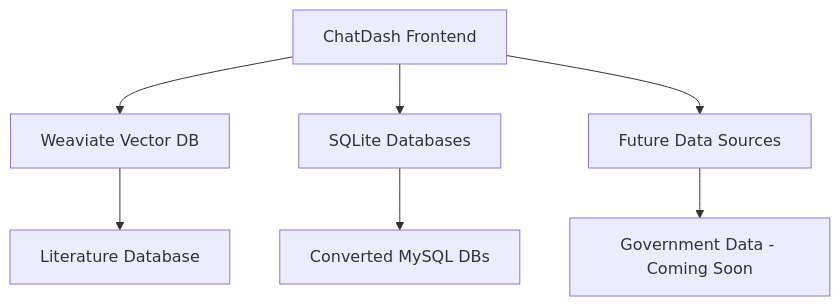
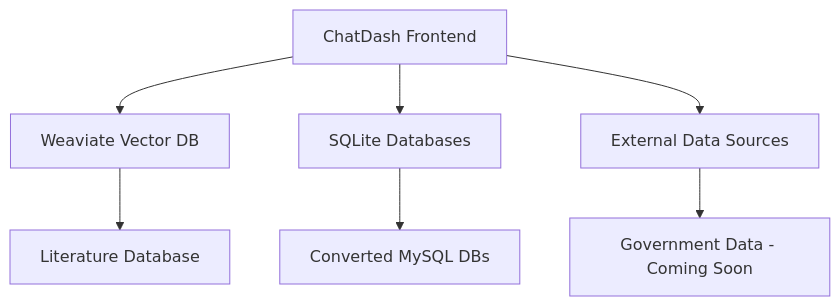
The diagram in README.md (aparkin/chat-dash), drawn with Mermaid before and after one commit. The commit also changed other lines of this file and 38 other files, not shown here.

````diff
--- a/README.md
+++ b/README.md
@@ -7,9 +7,9 @@
 ```mermaid
 graph TD
     A[ChatDash Frontend] --> B[Weaviate Vector DB]
     A --> C[SQLite Databases]
-    A --> D[Future Data Sources]
+    A --> D[External Data Sources]
     B --> E[Literature Database]
     C --> F[Converted MySQL DBs]
     D --> G[Government Data - Coming Soon]
 ```
````
